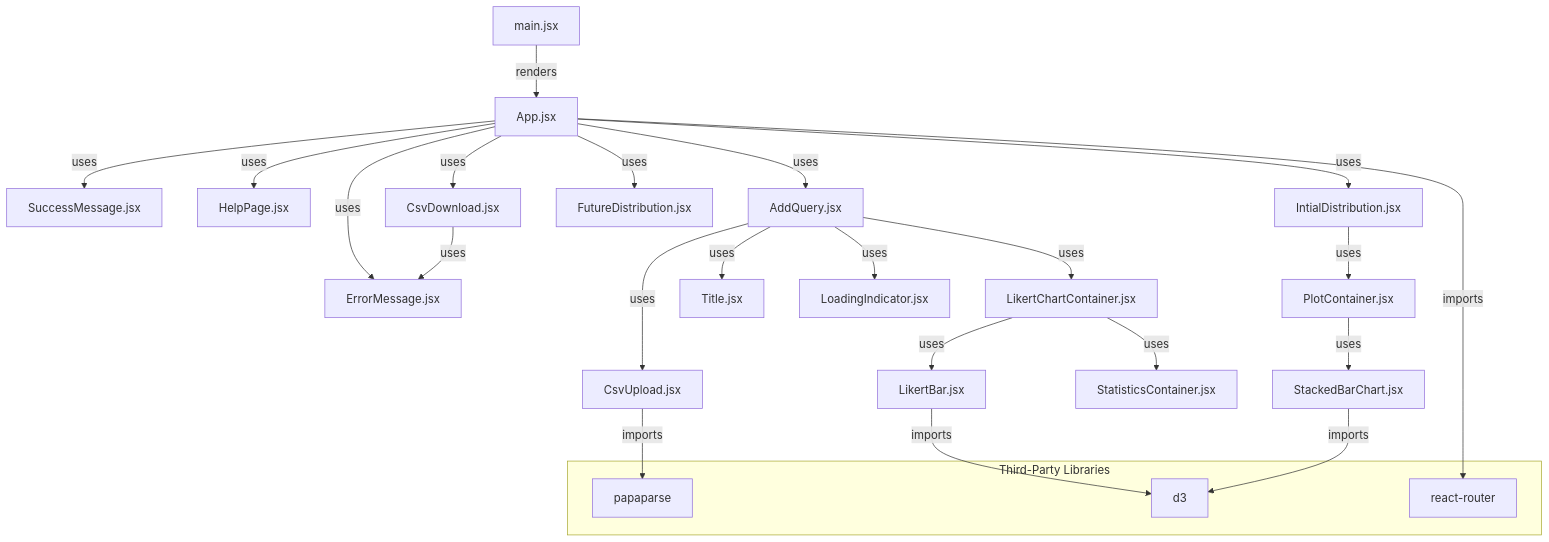
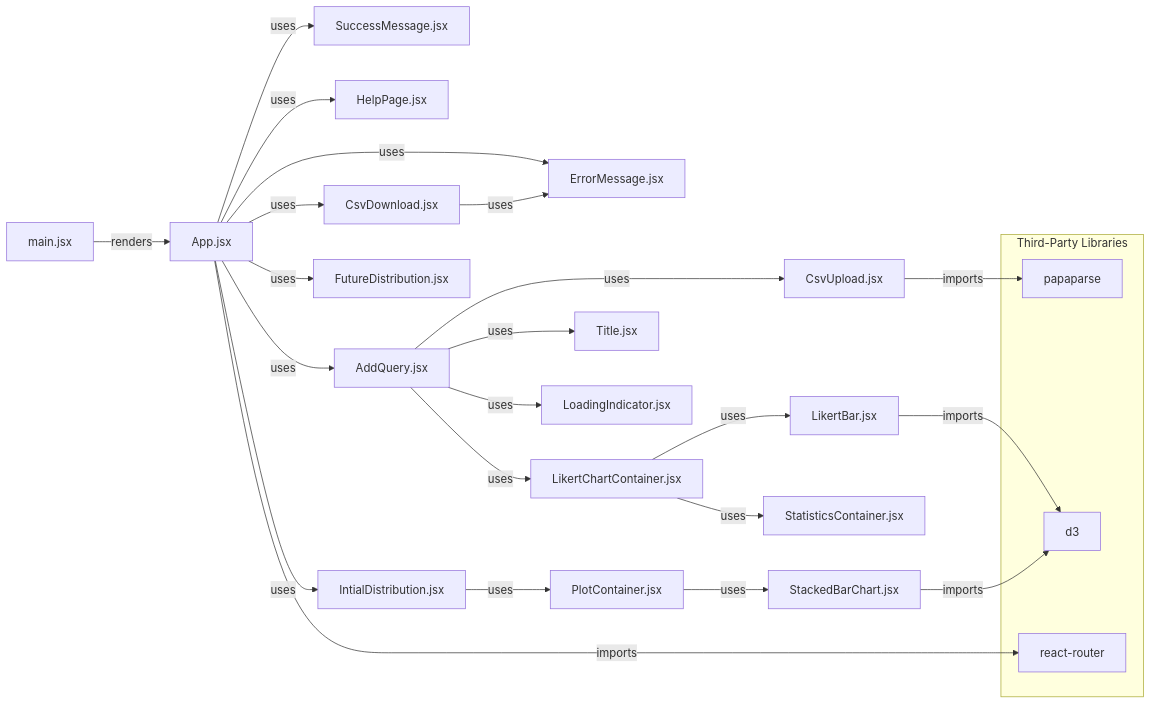
One commit to ohtu-kohtalo/ohjelmistotuotantoprojekti changed the first of 3 diagrams in docs/ARCHITECTURE.md. Above: the diagram before and after it, drawn with Mermaid. The commit also changed other lines of this file, not shown here.

Commit message:
Update application flowchart

````diff
--- a/docs/ARCHITECTURE.md
+++ b/docs/ARCHITECTURE.md
@@ -10,38 +10,38 @@
 ```mermaid
-graph TD
+graph LR
     App[App.jsx] -->|uses| ErrorMessage[ErrorMessage.jsx]
     App -->|uses| SuccessMessage[SuccessMessage.jsx]
     App -->|uses| HelpPage[HelpPage.jsx]
     App -->|uses| InitialDistribution[IntialDistribution.jsx]
     App -->|uses| AddQuery[AddQuery.jsx]
     App -->|uses| FutureDistribution[FutureDistribution.jsx]
     App -->|uses| CsvDownload[CsvDownload.jsx]
 
     InitialDistribution -->|uses| PlotContainer[PlotContainer.jsx]
 
     AddQuery -->|uses| Title[Title.jsx]
     AddQuery -->|uses| CsvUpload[CsvUpload.jsx]
     AddQuery -->|uses| LoadingIndicator[LoadingIndicator.jsx]
     AddQuery -->|uses| LikertChartContainer[LikertChartContainer.jsx]
 
     CsvDownload -->|uses| ErrorMessage
 
     LikertChartContainer -->|uses| LikertBar[LikertBar.jsx]
     LikertChartContainer -->|uses| StatisticsContainer[StatisticsContainer.jsx]
 
     PlotContainer -->|uses| StackedBarChart[StackedBarChart.jsx]
 
     main[main.jsx] -->|renders| App
 
     subgraph Third-Party Libraries
         papaparse
         d3
         react-router
     end
 
     CsvUpload -->|imports| papaparse
     LikertBar -->|imports| d3
     StackedBarChart -->|imports| d3
     App -->|imports| react-router
 
 ```
````
